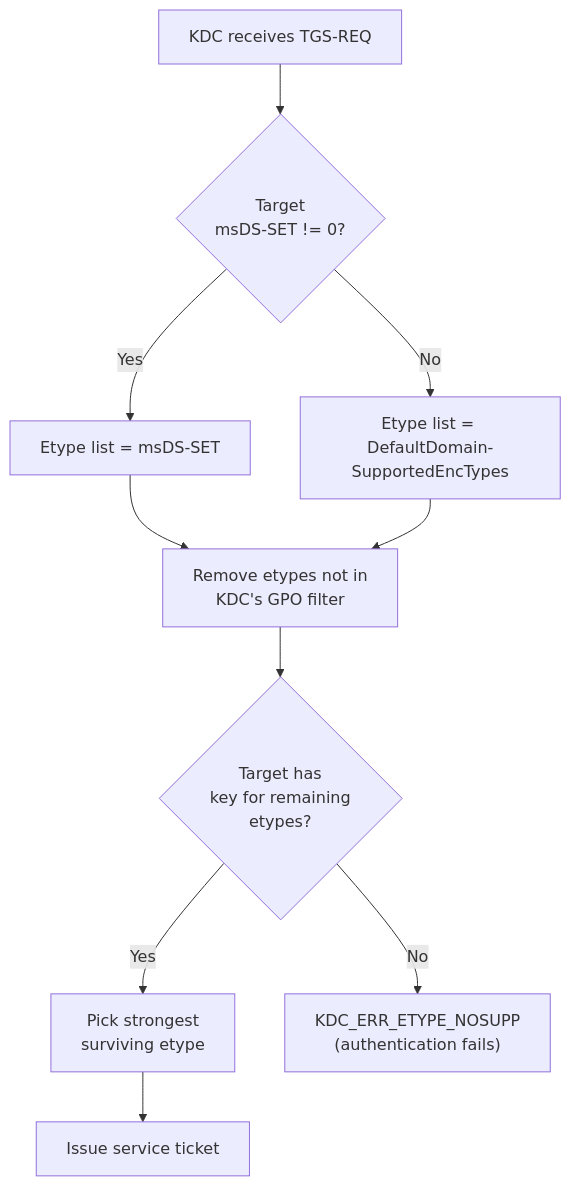
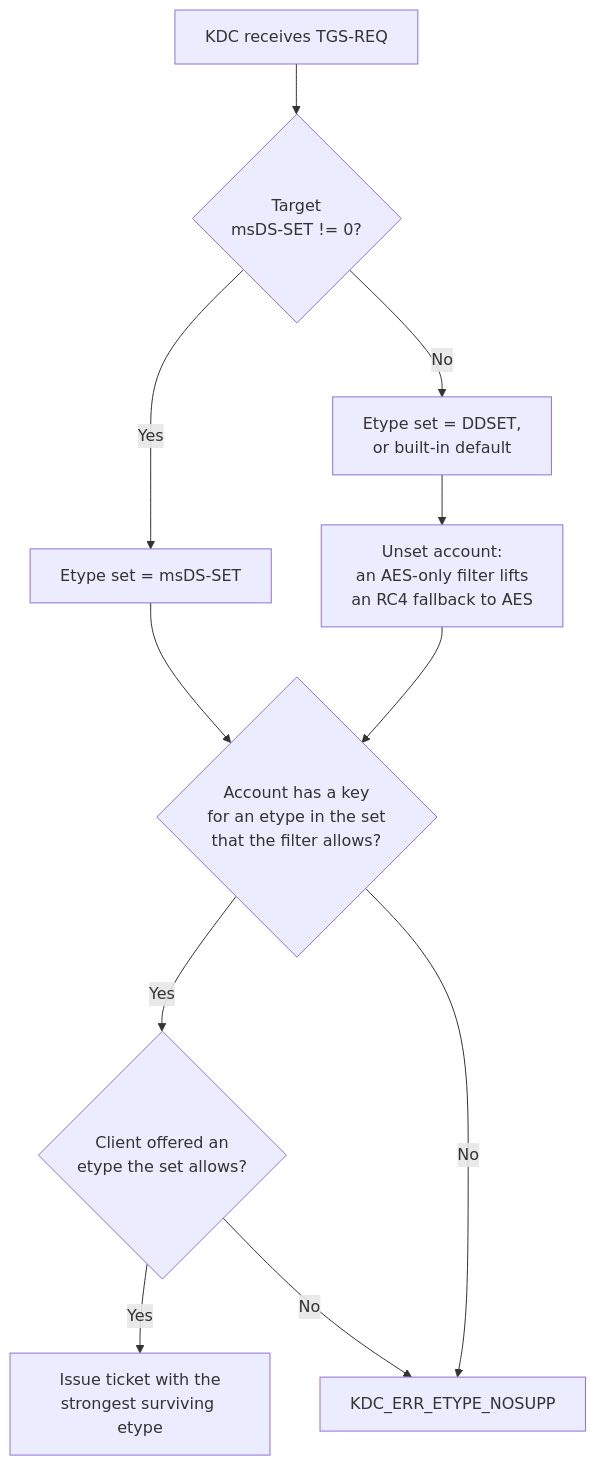
Before and after one commit to StrongWind1/Kerberos: the third of 3 diagrams in content/security/etype-decision-guide.md, drawn with Mermaid. The commit also changed other lines of this file and 117 other files, not shown here.

````diff
--- a/content/security/etype-decision-guide.md
+++ b/content/security/etype-decision-guide.md
@@ -136,12 +172,13 @@
 ```mermaid
 flowchart TD
     Start["KDC receives TGS-REQ"] --> Check1{"Target<br/>msDS-SET != 0?"}
-    Check1 -->|Yes| UseAttr["Etype list = msDS-SET"]
-    Check1 -->|No| UseDef["Etype list = DefaultDomain-<br/>SupportedEncTypes"]
-    UseAttr --> Filter["Remove etypes not in<br/>KDC's GPO filter"]
-    UseDef --> Filter
-    Filter --> Keys{"Target has<br/>key for remaining<br/>etypes?"}
-    Keys -->|Yes| Pick["Pick strongest<br/>surviving etype"]
-    Keys -->|No| Fail["KDC_ERR_ETYPE_NOSUPP<br/>(authentication fails)"]
-    Pick --> Ticket["Issue service ticket"]
+    Check1 -->|Yes| UseAttr["Etype set = msDS-SET"]
+    Check1 -->|No| UseDef["Etype set = DDSET,<br/>or built-in default"]
+    UseAttr --> Keys{"Account has a key<br/>for an etype in the set<br/>that the filter allows?"}
+    UseDef --> Up["Unset account:<br/>an AES-only filter lifts<br/>an RC4 fallback to AES"]
+    Up --> Keys
+    Keys -->|Yes| Sess{"Client offered an<br/>etype the set allows?"}
+    Keys -->|No| Fail["KDC_ERR_ETYPE_NOSUPP"]
+    Sess -->|Yes| Ticket["Issue ticket with the<br/>strongest surviving etype"]
+    Sess -->|No| Fail
 ```
````
